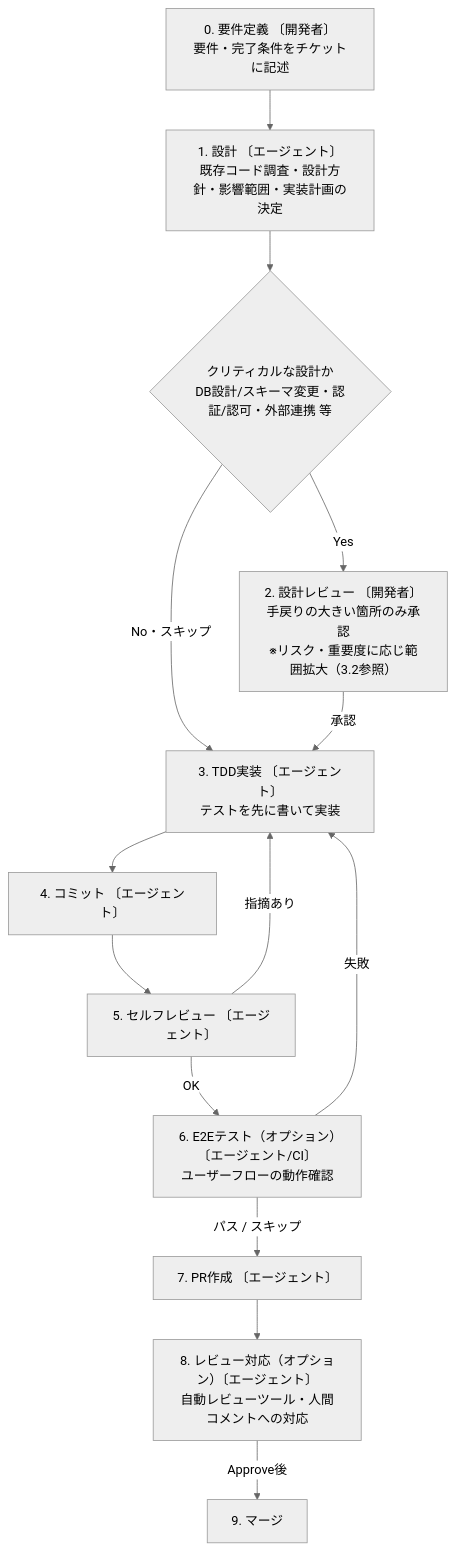
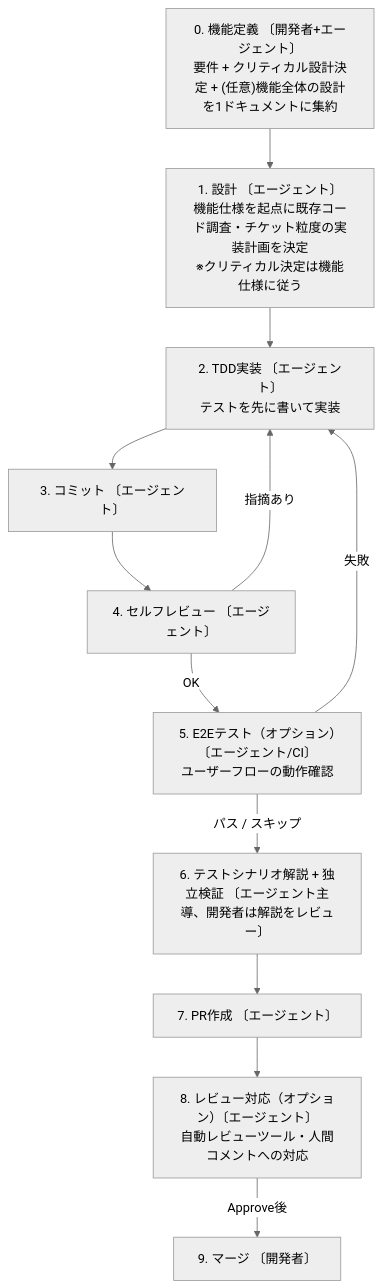
One commit to masanami/claude-harness changed the diagram in docs/ai-driven-development-strategy.md. Above: the diagram before and after it, drawn with Mermaid (neutral theme). The commit also changed other lines of this file and 38 other files, not shown here.

````diff
--- a/docs/ai-driven-development-strategy.md
+++ b/docs/ai-driven-development-strategy.md
@@ -44,28 +44,25 @@
 ```mermaid
 flowchart TD
-    A["0. 要件定義 〔開発者〕<br/>要件・完了条件をチケットに記述"]
-    B["1. 設計 〔エージェント〕<br/>既存コード調査・設計方針・影響範囲・実装計画の決定"]
-    C{"クリティカルな設計か<br/>DB設計/スキーマ変更・認証/認可・外部連携 等"}
-    D["2. 設計レビュー 〔開発者〕<br/>手戻りの大きい箇所のみ承認<br/>※リスク・重要度に応じ範囲拡大（3.2参照）"]
-    E["3. TDD実装 〔エージェント〕<br/>テストを先に書いて実装"]
-    F["4. コミット 〔エージェント〕"]
-    G["5. セルフレビュー 〔エージェント〕"]
-    K["6. E2Eテスト（オプション）〔エージェント/CI〕<br/>ユーザーフローの動作確認"]
+    A["0. 機能定義 〔開発者+エージェント〕<br/>要件 + クリティカル設計決定 + (任意)機能全体の設計を1ドキュメントに集約"]
+    B["1. 設計 〔エージェント〕<br/>機能仕様を起点に既存コード調査・チケット粒度の実装計画を決定<br/>※クリティカル決定は機能仕様に従う"]
+    E["2. TDD実装 〔エージェント〕<br/>テストを先に書いて実装"]
+    F["3. コミット 〔エージェント〕"]
+    G["4. セルフレビュー 〔エージェント〕"]
+    K["5. E2Eテスト（オプション）〔エージェント/CI〕<br/>ユーザーフローの動作確認"]
+    EX["6. テストシナリオ解説 + 独立検証 〔エージェント主導、開発者は解説をレビュー〕"]
     H["7. PR作成 〔エージェント〕"]
     I["8. レビュー対応（オプション）〔エージェント〕<br/>自動レビューツール・人間コメントへの対応"]
-    J["9. マージ"]
+    J["9. マージ 〔開発者〕"]
 
     A --> B
-    B --> C
-    C -->|Yes| D
-    C -->|No・スキップ| E
-    D -->|承認| E
+    B --> E
     E --> F
     F --> G
     G -->|指摘あり| E
     G -->|OK| K
     K -->|失敗| E
-    K -->|パス / スキップ| H
+    K -->|パス / スキップ| EX
+    EX --> H
     H --> I
     I -->|Approve後| J
 ```
````
